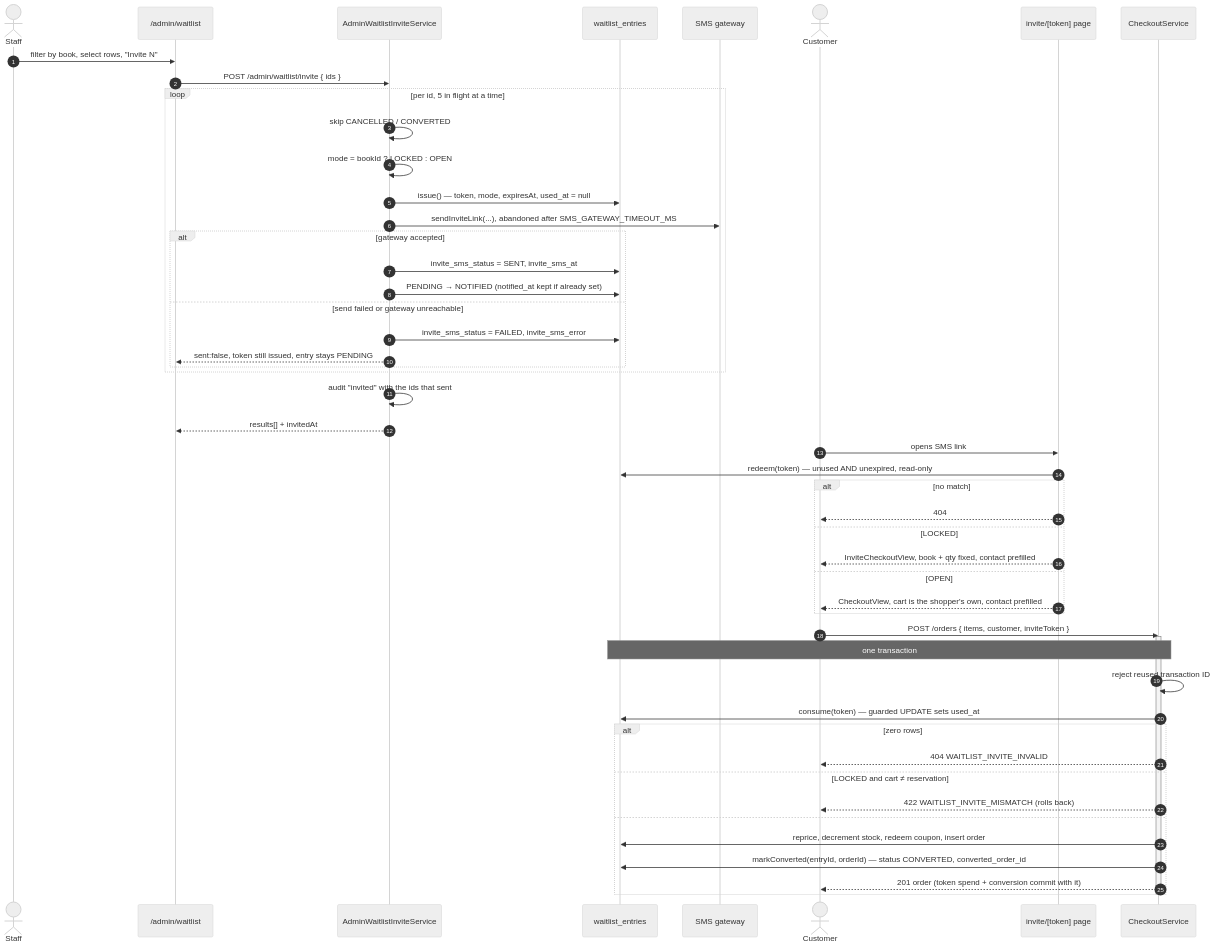
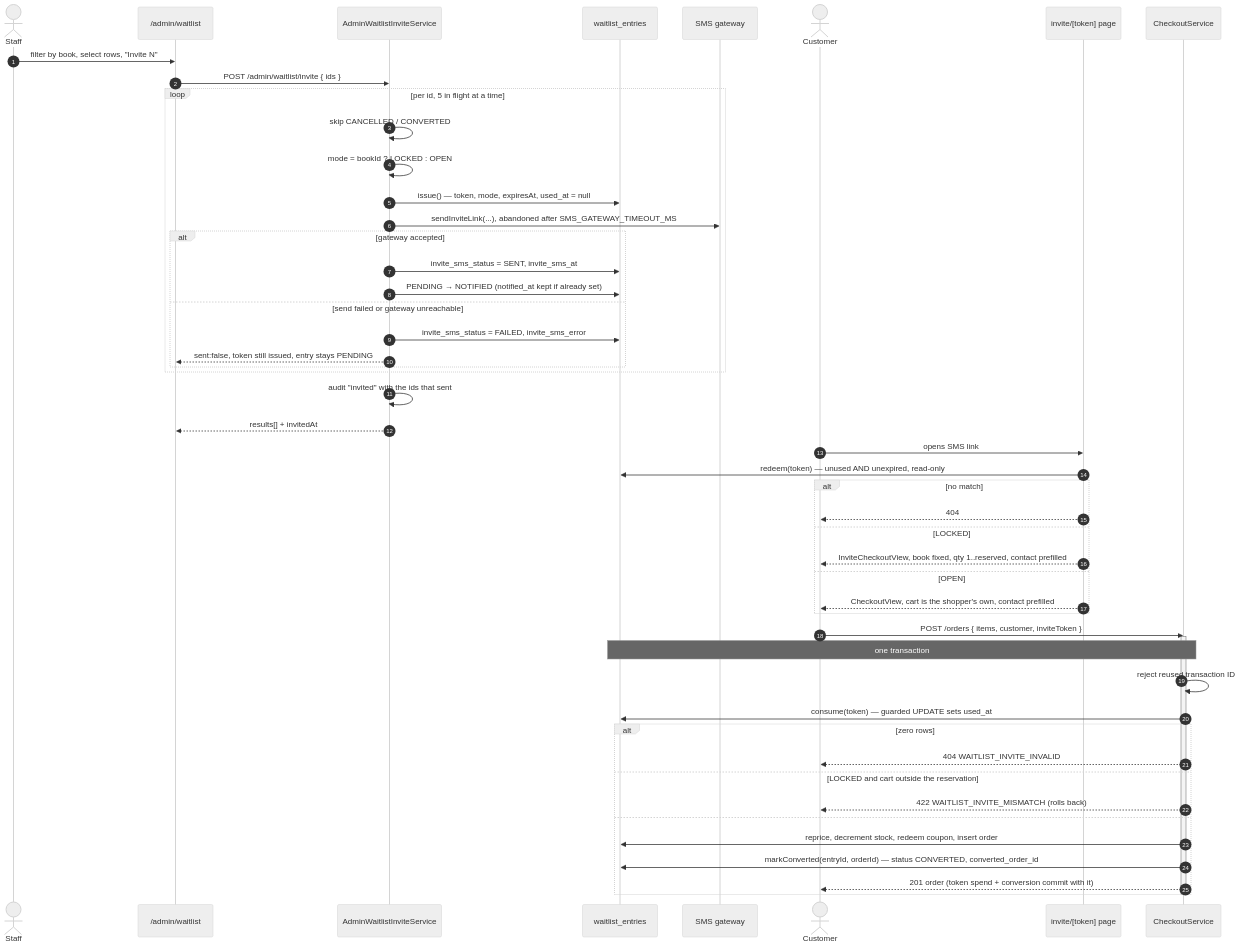
The second of 3 diagrams in docs/waitlist-invite-flow.md (mrahmann0010/Sakura-Book), drawn with Mermaid (neutral theme) before and after one commit. The commit also changed other lines of this file and 7 other files, not shown here.

First line of the commit message:
Let a LOCKED invite be redeemed for fewer copies than it reserved

````diff
--- a/docs/waitlist-invite-flow.md
+++ b/docs/waitlist-invite-flow.md
@@ -56,56 +56,56 @@
 ```mermaid
 sequenceDiagram
   autonumber
   actor Staff
   participant Panel as /admin/waitlist
   participant Api as AdminWaitlistInviteService
   participant Db as waitlist_entries
   participant Gw as SMS gateway
   actor Cust as Customer
   participant Page as invite/[token] page
   participant Co as CheckoutService
 
   Staff->>Panel: filter by book, select rows, "Invite N"
   Panel->>Api: POST /admin/waitlist/invite { ids }
   loop per id, 5 in flight at a time
     Api->>Api: skip CANCELLED / CONVERTED
     Api->>Api: mode = bookId ? LOCKED : OPEN
     Api->>Db: issue() — token, mode, expiresAt, used_at = null
     Api->>Gw: sendInviteLink(...), abandoned after SMS_GATEWAY_TIMEOUT_MS
     alt gateway accepted
       Api->>Db: invite_sms_status = SENT, invite_sms_at
       Api->>Db: PENDING → NOTIFIED (notified_at kept if already set)
     else send failed or gateway unreachable
       Api->>Db: invite_sms_status = FAILED, invite_sms_error
       Api-->>Panel: sent:false, token still issued, entry stays PENDING
     end
   end
   Api->>Api: audit "invited" with the ids that sent
   Api-->>Panel: results[] + invitedAt
 
   Cust->>Page: opens SMS link
   Page->>Db: redeem(token) — unused AND unexpired, read-only
   alt no match
     Page-->>Cust: 404
   else LOCKED
-    Page-->>Cust: InviteCheckoutView, book + qty fixed, contact prefilled
+    Page-->>Cust: InviteCheckoutView, book fixed, qty 1..reserved, contact prefilled
   else OPEN
     Page-->>Cust: CheckoutView, cart is the shopper's own, contact prefilled
   end
 
   Cust->>Co: POST /orders { items, customer, inviteToken }
   activate Co
   Note over Co,Db: one transaction
   Co->>Co: reject reused transaction ID
   Co->>Db: consume(token) — guarded UPDATE sets used_at
   alt zero rows
     Co-->>Cust: 404 WAITLIST_INVITE_INVALID
-  else LOCKED and cart ≠ reservation
+  else LOCKED and cart outside the reservation
     Co-->>Cust: 422 WAITLIST_INVITE_MISMATCH (rolls back)
   else
     Co->>Db: reprice, decrement stock, redeem coupon, insert order
     Co->>Db: markConverted(entryId, orderId) — status CONVERTED, converted_order_id
     Co-->>Cust: 201 order (token spend + conversion commit with it)
   end
   deactivate Co
 ```
````
